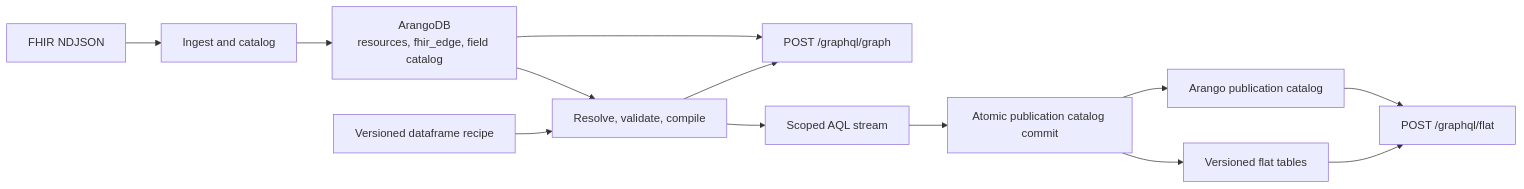
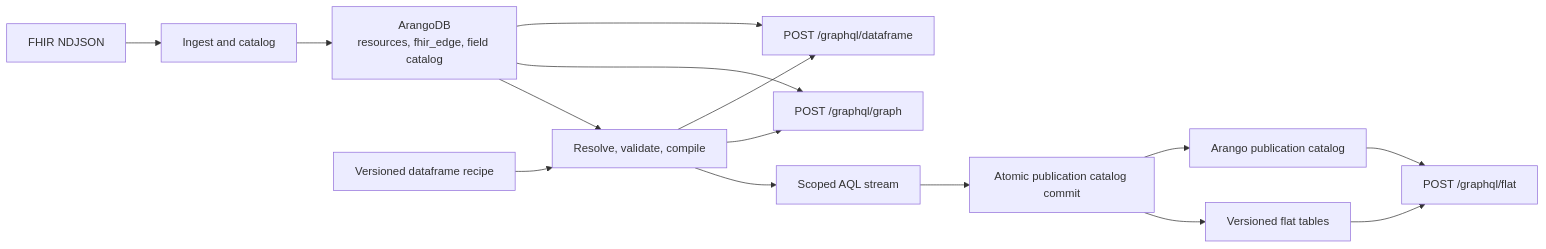
The diagram in README.md (calypr/loom), drawn with Mermaid before and after one commit. The commit also changed other lines of this file and 65 other files, not shown here.

Commit message:
build out graph traversal api

````diff
--- a/README.md
+++ b/README.md
@@ -17,15 +17,17 @@
 ```mermaid
 flowchart LR
     NDJSON["FHIR NDJSON"] --> Ingest["Ingest and catalog"]
     Ingest --> Arango["ArangoDB\nresources, fhir_edge, field catalog"]
     Recipe["Versioned dataframe recipe"] --> Compile["Resolve, validate, compile"]
     Arango --> Compile
     Compile --> AQL["Scoped AQL stream"]
     AQL --> Publish["Atomic publication catalog commit"]
     Publish --> ClickHouse["Versioned flat tables"]
     Publish --> Catalog["Arango publication catalog"]
     Catalog["Arango publication catalog"] --> Flat["POST /graphql/flat"]
     ClickHouse --> Flat
     Arango --> Graph["POST /graphql/graph"]
+    Arango --> Dataframe["POST /graphql/dataframe"]
     Compile --> Graph
+    Compile --> Dataframe
 ```
````
